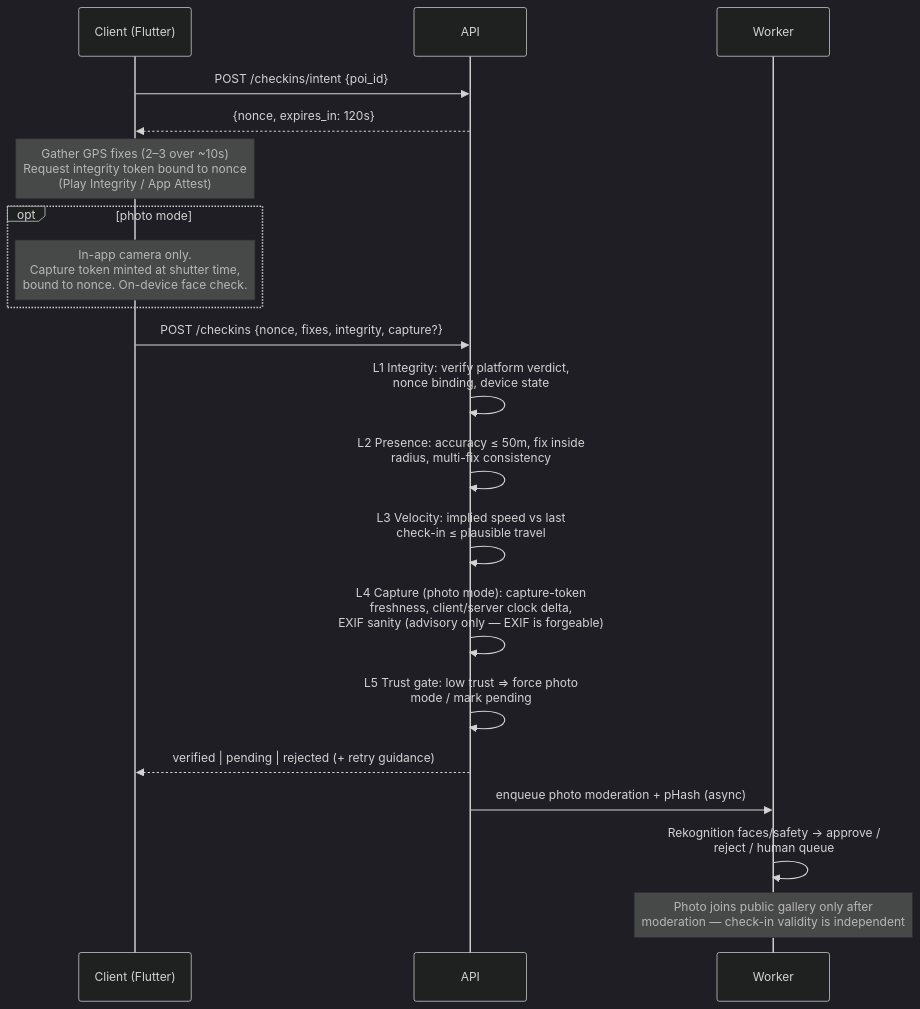
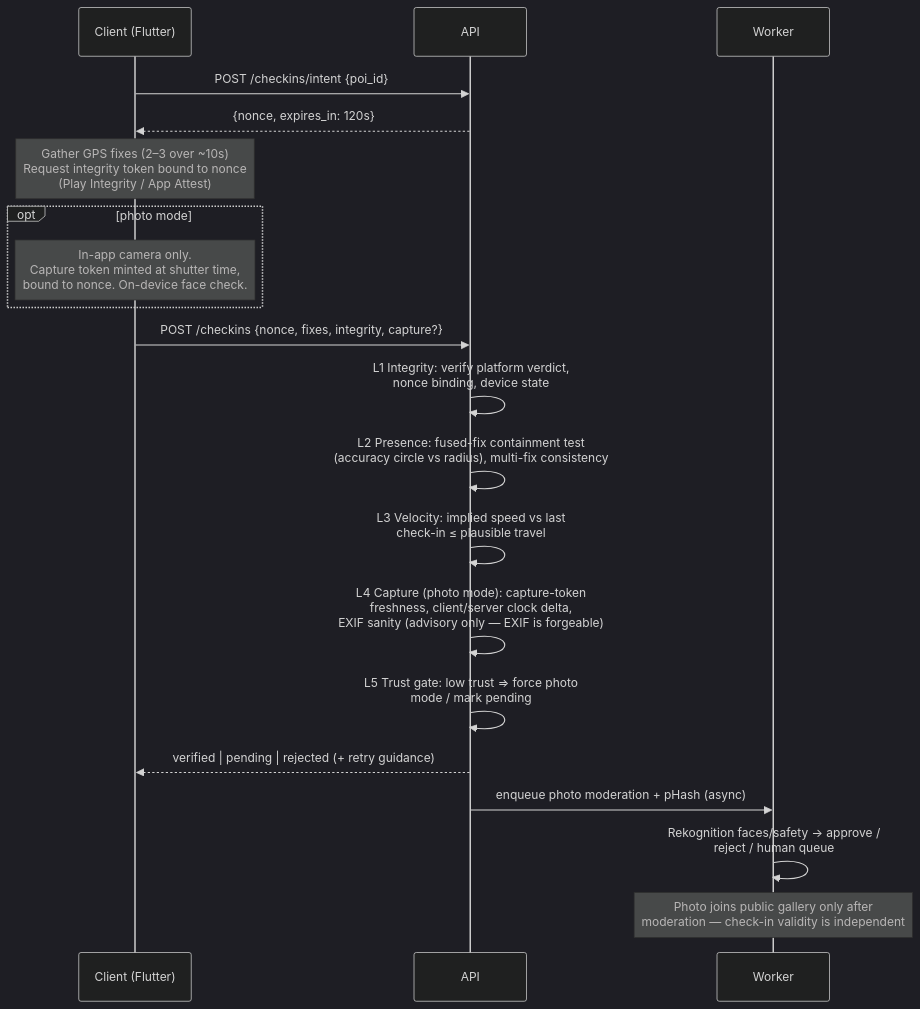
The diagram in docs/ARCHITECTURE.md (kwad77/warp), drawn with Mermaid (dark theme) before and after one commit. The commit also changed other lines of this file and 1 other file, not shown here.

First line of the commit message:
Probabilistic presence via fused location; add product positioning

````diff
--- a/docs/ARCHITECTURE.md
+++ b/docs/ARCHITECTURE.md
@@ -191,23 +191,23 @@
 ```mermaid
 sequenceDiagram
     participant C as Client (Flutter)
     participant A as API
     participant W as Worker
 
     C->>A: POST /checkins/intent {poi_id}
     A-->>C: {nonce, expires_in: 120s}
     Note over C: Gather GPS fixes (2–3 over ~10s)<br/>Request integrity token bound to nonce<br/>(Play Integrity / App Attest)
     opt photo mode
         Note over C: In-app camera only.<br/>Capture token minted at shutter time,<br/>bound to nonce. On-device face check.
     end
     C->>A: POST /checkins {nonce, fixes, integrity, capture?}
     A->>A: L1 Integrity: verify platform verdict,<br/>nonce binding, device state
-    A->>A: L2 Presence: accuracy ≤ 50m, fix inside<br/>radius, multi-fix consistency
+    A->>A: L2 Presence: fused-fix containment test<br/>(accuracy circle vs radius), multi-fix consistency
     A->>A: L3 Velocity: implied speed vs last<br/>check-in ≤ plausible travel
     A->>A: L4 Capture (photo mode): capture-token<br/>freshness, client/server clock delta,<br/>EXIF sanity (advisory only — EXIF is forgeable)
     A->>A: L5 Trust gate: low trust ⇒ force photo<br/>mode / mark pending
     A-->>C: verified | pending | rejected (+ retry guidance)
     A->>W: enqueue photo moderation + pHash (async)
     W->>W: Rekognition faces/safety → approve /<br/>reject / human queue
     Note over W: Photo joins public gallery only after<br/>moderation — check-in validity is independent
 ```
````
